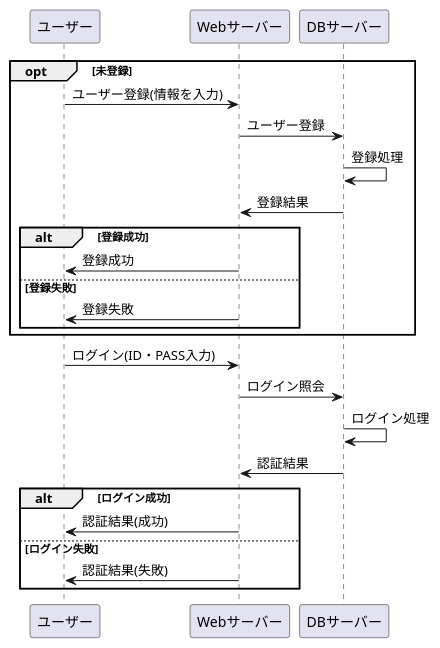
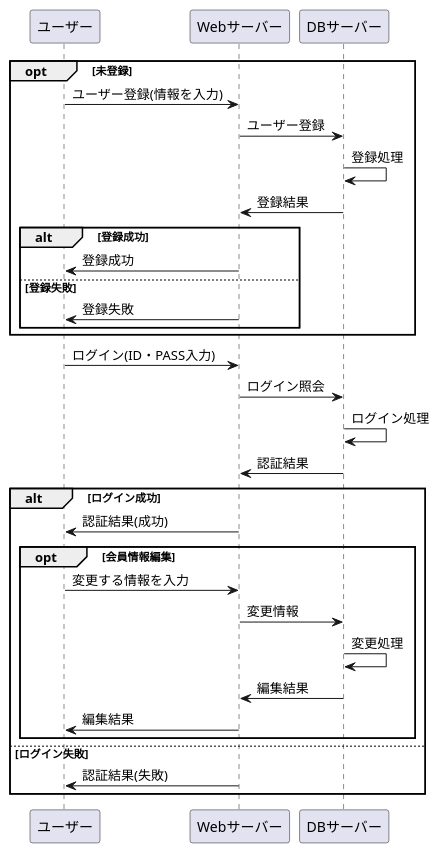
The diagram in 設計書/02_業務フロー/business-flow-check.md (Aso2001227/Aso-Sports-1), drawn with PlantUML before and after one commit.

````diff
--- a/設計書/02_業務フロー/business-flow-check.md
+++ b/設計書/02_業務フロー/business-flow-check.md
@@ -1,31 +1,40 @@
 ```uml
 @startuml
 opt 未登録
 ユーザー -> Webサーバー : ユーザー登録(情報を入力)
 Webサーバー -> DBサーバー : ユーザー登録
 DBサーバー -> DBサーバー : 登録処理
 DBサーバー -> Webサーバー : 登録結果
 
 
 
 
 
 
 
 alt 登録成功
 Webサーバー -> ユーザー : 登録成功
 else 登録失敗
 Webサーバー -> ユーザー : 登録失敗
 end
 end
+
 ユーザー -> Webサーバー : ログイン(ID・PASS入力)
 Webサーバー -> DBサーバー : ログイン照会
 DBサーバー -> DBサーバー : ログイン処理
 DBサーバー -> Webサーバー : 認証結果
+
 alt ログイン成功
 Webサーバー -> ユーザー : 認証結果(成功)
+opt 会員情報編集
+ユーザー -> Webサーバー : 変更する情報を入力
+Webサーバー -> DBサーバー :変更情報
+DBサーバー -> DBサーバー : 変更処理
+DBサーバー -> Webサーバー : 編集結果
+Webサーバー -> ユーザー : 編集結果
+end
 else ログイン失敗
 Webサーバー -> ユーザー : 認証結果(失敗)
 end
 @enduml
 ```
````
